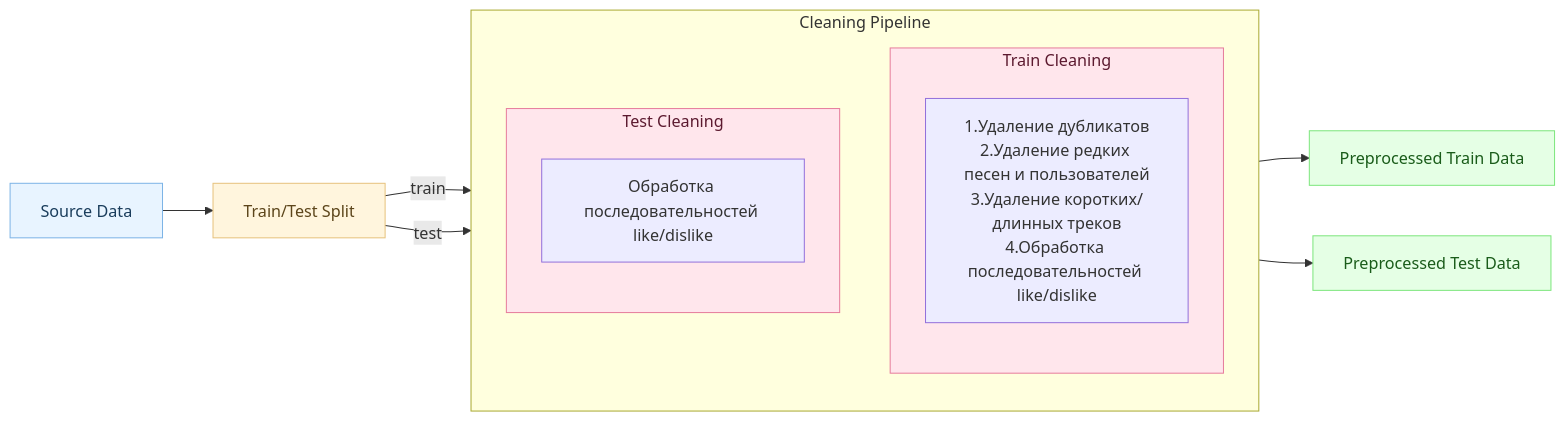
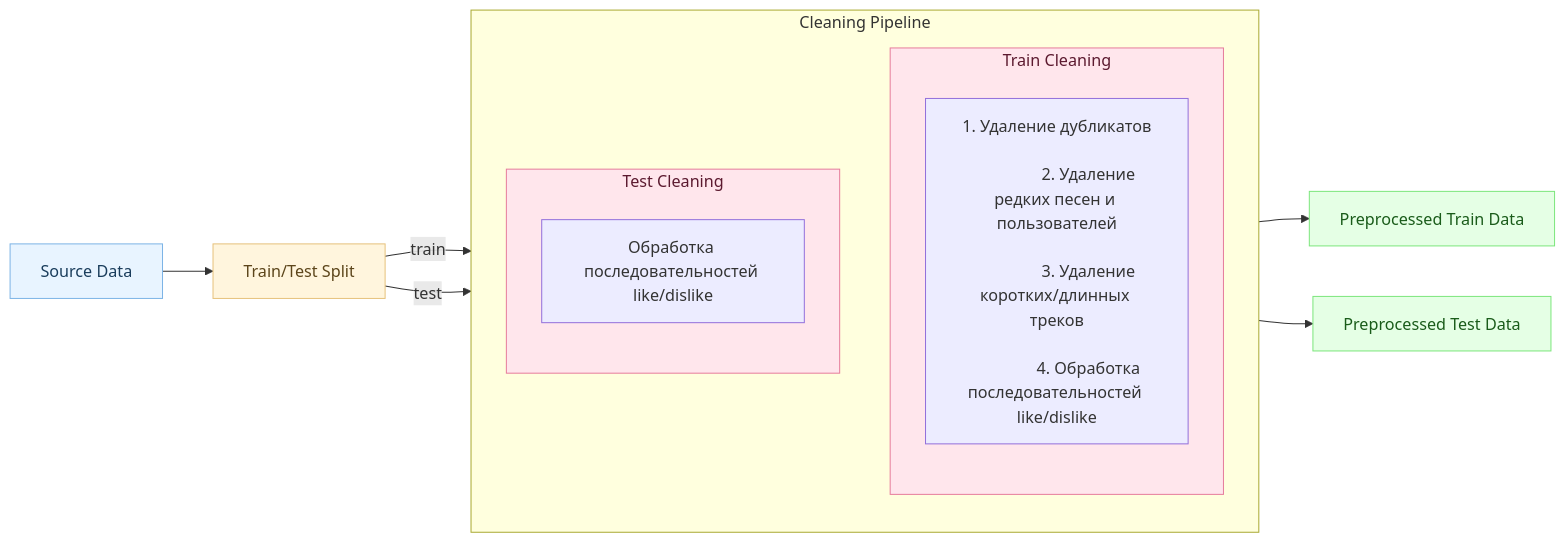
One commit to Nastasy822/music-recommendation-experiments changed the first of 2 diagrams in README.md. Above: the diagram before and after it, drawn with Mermaid.

Commit message:
docs: add diagram of preprocessing

````diff
--- a/README.md
+++ b/README.md
@@ -138,50 +138,53 @@
 ```mermaid
 flowchart LR
 
     %% === Исходные данные ===
     SRC["Source Data"]
 
     %% === Train/Test Split ===
     SPLIT["Train/Test Split"]
 
     %% === Cleaning блок ===
     subgraph CLEANING["Cleaning Pipeline"]
         direction TB
 
         %% === Train Cleaning ===
         subgraph TRAIN_CLN["Train Cleaning"]
             direction TB
-            N1["1.Удаление дубликатов\n2.Удаление редких песен и пользователей\n3.Удаление коротких/длинных треков\n4.Обработка последовательностей like/dislike"]
+            N1["1. Удаление дубликатов<br/>
+                2. Удаление редких песен и пользователей<br/>
+                3. Удаление коротких/длинных треков<br/>
+                4. Обработка последовательностей like/dislike"]
 
         end
 
         %% === Test Cleaning ===
         subgraph TEST_CLN["Test Cleaning"]
             direction TB
             T1["Обработка последовательностей like/dislike"]
         end
     end
 
     PRE_TRAIN["Preprocessed Train Data"]
     PRE_TEST["Preprocessed Test Data"]
 
     %% === Потоки ===
     SRC --> SPLIT
     SPLIT -->|train| N1
     SPLIT -->|test| T1
 
     N1 --> PRE_TRAIN
     T1 --> PRE_TEST
 
     %% === Стили ===
     classDef source fill:#e8f4ff,stroke:#7db4e6,color:#1a3d5c;
     classDef split fill:#fff5dd,stroke:#e6c27d,color:#5c451a;
     classDef clean fill:#ffe6ec,stroke:#e67d9c,color:#5c1a2f;
     classDef result fill:#e5ffe5,stroke:#7de67d,color:#1a5c1a;
 
     class SRC source;
     class SPLIT split;
     class TRAIN_CLN,TEST_CLN clean;
     class PRE_TRAIN,PRE_TEST result;
 
 ```
````
